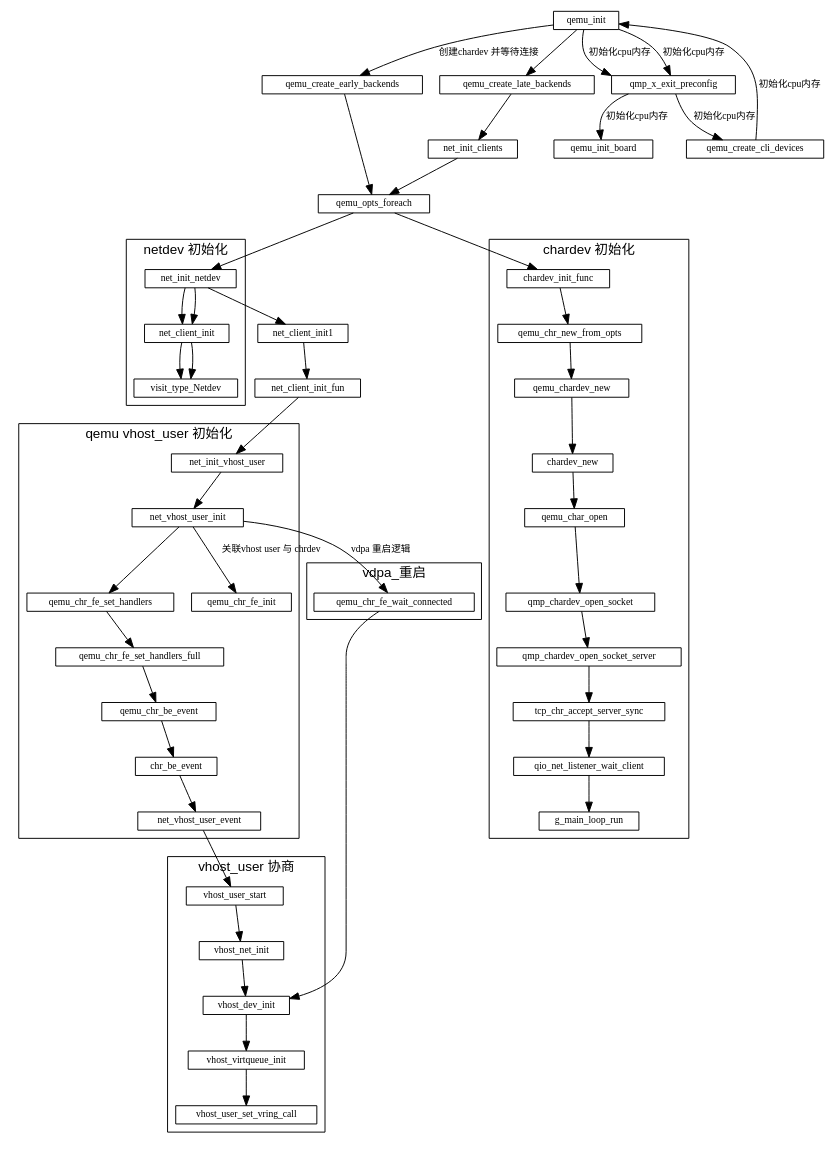
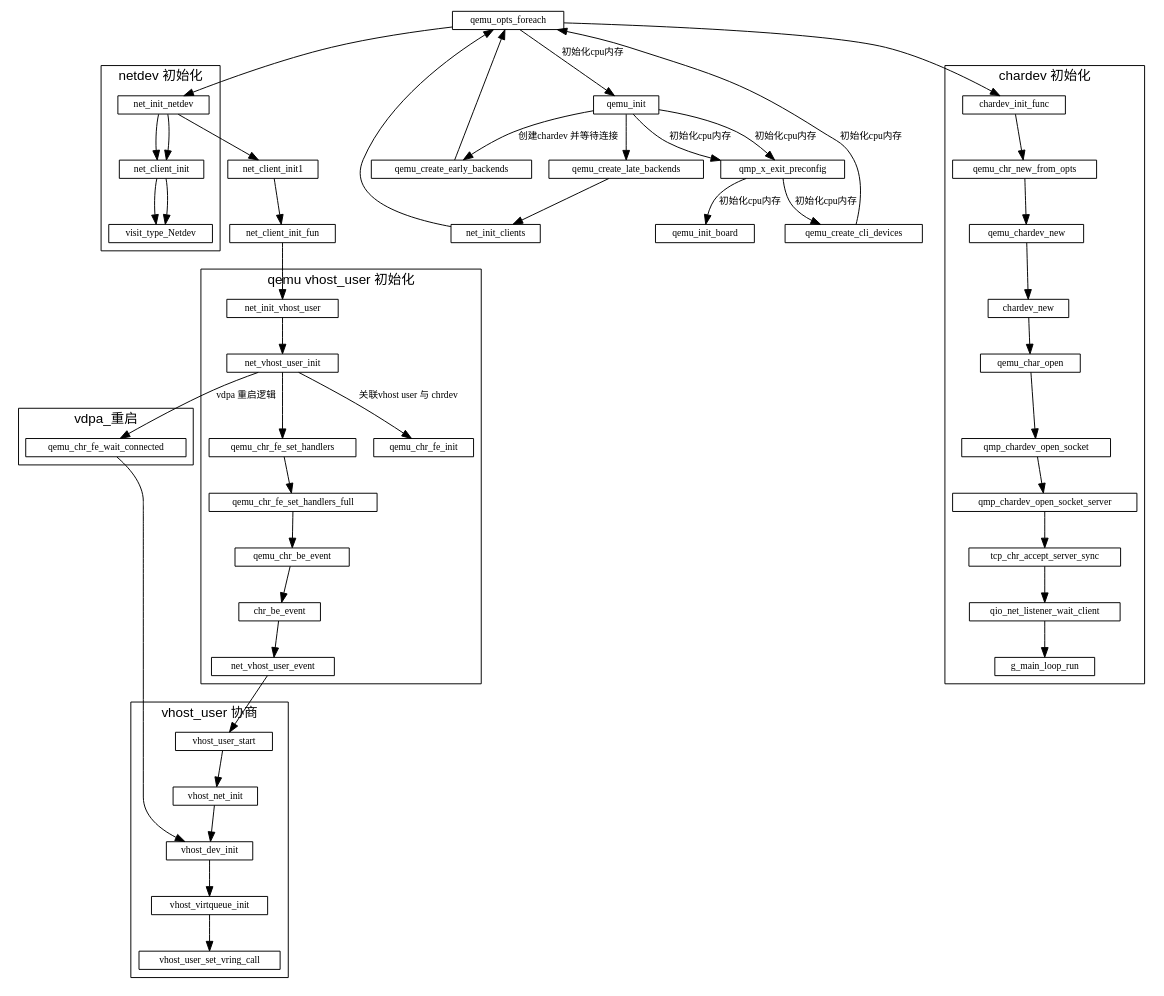
The diagram in qemu/qemu初始化.md (sisyphus1212/note), drawn with Graphviz before and after one commit.

Commit message:
auto_update

```diff
--- a/qemu/qemu初始化.md
+++ b/qemu/qemu初始化.md
@@ -94,6 +94,7 @@
               -> net_init_vhost_user
     qemu_init -> qmp_x_exit_preconfig
               -> qemu_create_cli_devices
+              -> qemu_opts_foreach
               ->
     qemu_init -> qmp_x_exit_preconfig
               -> qemu_init_board[label="初始化cpu内存"]
```
